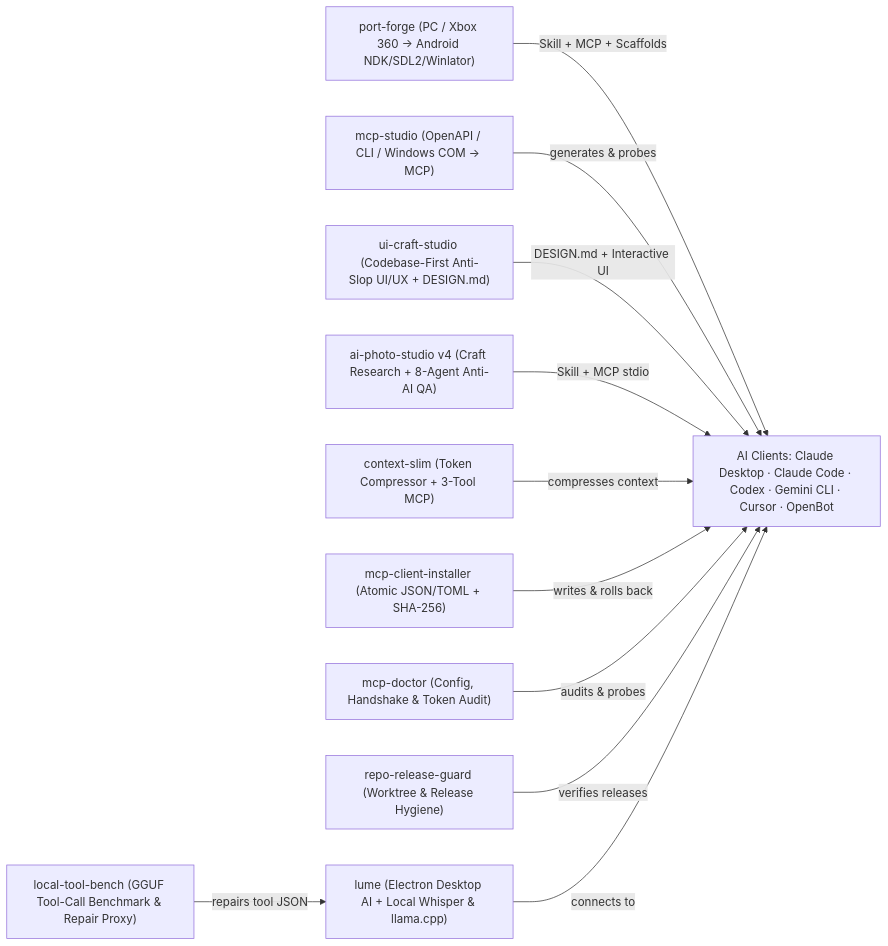
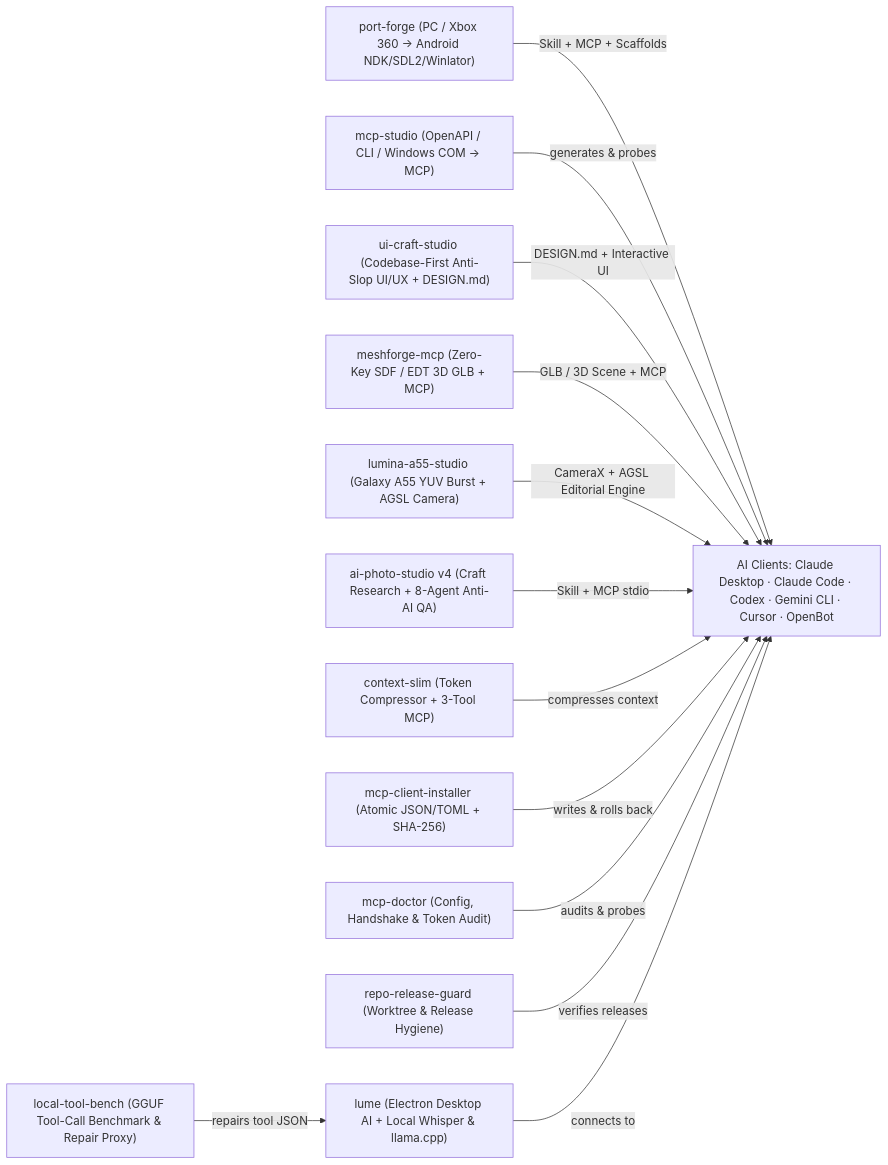
The diagram in README.md (deusbr/deusbr), drawn with Mermaid before and after one commit. The commit also changed other lines of this file, not shown here.

Commit message:
docs: add meshforge-mcp and lumina-a55-studio to portfolio README and architecture diagram

````diff
--- a/README.md
+++ b/README.md
@@ -67,25 +69,29 @@
 ```mermaid
 flowchart LR
   Clients["AI Clients: Claude Desktop · Claude Code · Codex · Gemini CLI · Cursor · OpenBot"]
   PortForge["port-forge (PC / Xbox 360 → Android NDK/SDL2/Winlator)"]
   McpStudio["mcp-studio (OpenAPI / CLI / Windows COM → MCP)"]
   UiCraft["ui-craft-studio (Codebase-First Anti-Slop UI/UX + DESIGN.md)"]
+  MeshForge["meshforge-mcp (Zero-Key SDF / EDT 3D GLB + MCP)"]
+  LuminaA55["lumina-a55-studio (Galaxy A55 YUV Burst + AGSL Camera)"]
   PhotoStudio["ai-photo-studio v4 (Craft Research + 8-Agent Anti-AI QA)"]
   ContextSlim["context-slim (Token Compressor + 3-Tool MCP)"]
   Installer["mcp-client-installer (Atomic JSON/TOML + SHA-256)"]
   Doctor["mcp-doctor (Config, Handshake & Token Audit)"]
   Guard["repo-release-guard (Worktree & Release Hygiene)"]
   Lume["lume (Electron Desktop AI + Local Whisper & llama.cpp)"]
   Bench["local-tool-bench (GGUF Tool-Call Benchmark & Repair Proxy)"]
 
   PortForge -->|"Skill + MCP + Scaffolds"| Clients
   McpStudio -->|"generates & probes"| Clients
   UiCraft -->|"DESIGN.md + Interactive UI"| Clients
+  MeshForge -->|"GLB / 3D Scene + MCP"| Clients
+  LuminaA55 -->|"CameraX + AGSL Editorial Engine"| Clients
   PhotoStudio -->|"Skill + MCP stdio"| Clients
   ContextSlim -->|"compresses context"| Clients
   Installer -->|"writes & rolls back"| Clients
   Doctor -->|"audits & probes"| Clients
   Guard -->|"verifies releases"| Clients
   Lume -->|"connects to"| Clients
   Bench -->|"repairs tool JSON"| Lume
 ```
````
